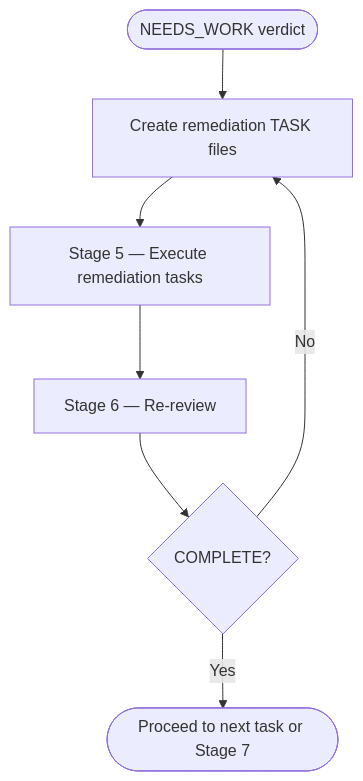
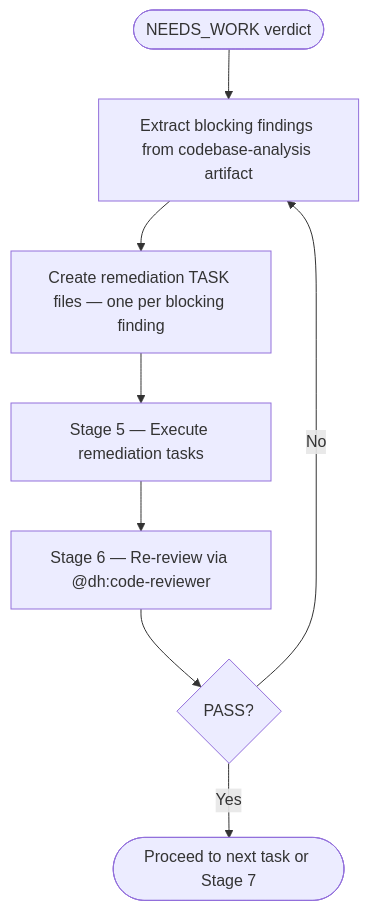
One commit to chgreer1070/claude_skills changed the second of 2 diagrams in plugins/development-harness/skills/forensic-review/SKILL.md. Above: the diagram before and after it, drawn with Mermaid. The commit also changed other lines of this file and 5 other files, not shown here.

First line of the commit message:
feat(dh): wire dh:code-reviewer into pipeline — replaces python3-development:code-reviewer

````diff
--- a/plugins/development-harness/skills/forensic-review/SKILL.md
+++ b/plugins/development-harness/skills/forensic-review/SKILL.md
@@ -159,9 +126,10 @@
 ```mermaid
 flowchart TD
-    Review([NEEDS_WORK verdict]) --> Create[Create remediation TASK files]
+    NW([NEEDS_WORK verdict]) --> Extract[Extract blocking findings from codebase-analysis artifact]
+    Extract --> Create[Create remediation TASK files — one per blocking finding]
     Create --> Stage5[Stage 5 — Execute remediation tasks]
-    Stage5 --> Stage6[Stage 6 — Re-review]
-    Stage6 --> Q{COMPLETE?}
+    Stage5 --> Stage6[Stage 6 — Re-review via @dh:code-reviewer]
+    Stage6 --> Q{PASS?}
     Q -->|Yes| Done([Proceed to next task or Stage 7])
-    Q -->|No| Create
+    Q -->|No| Extract
 ```
````
